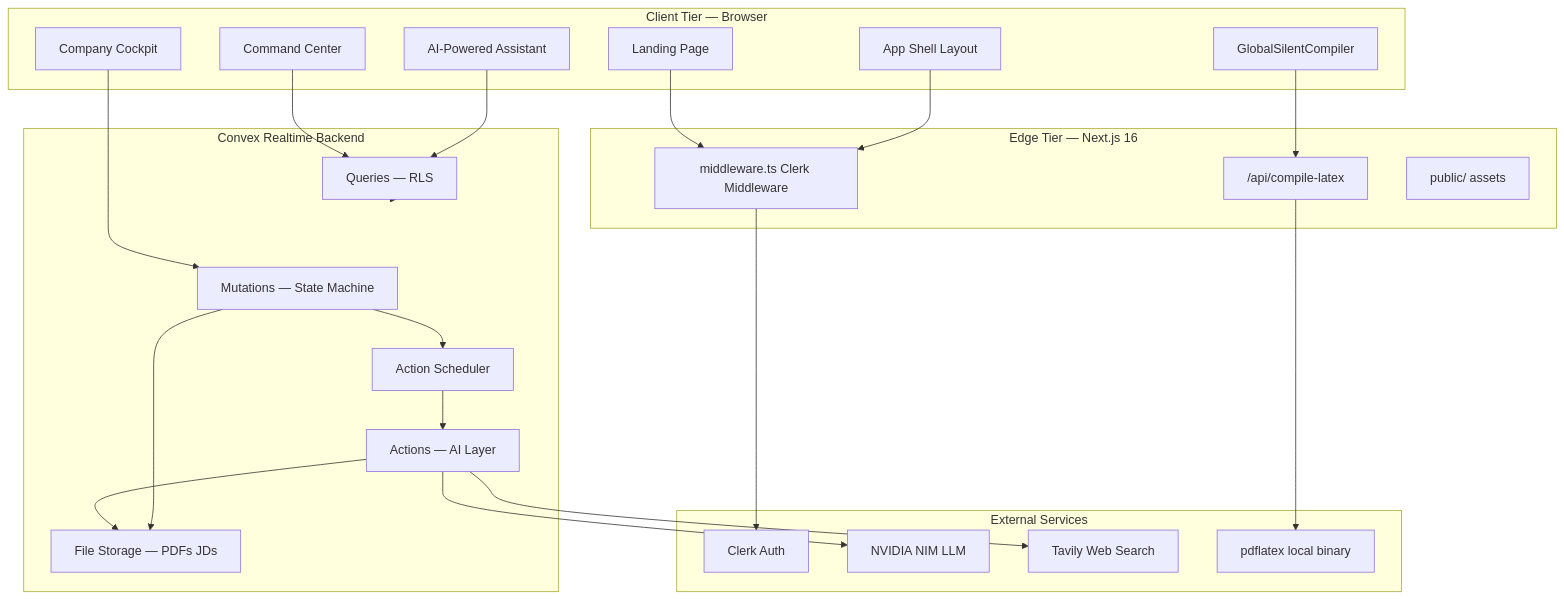
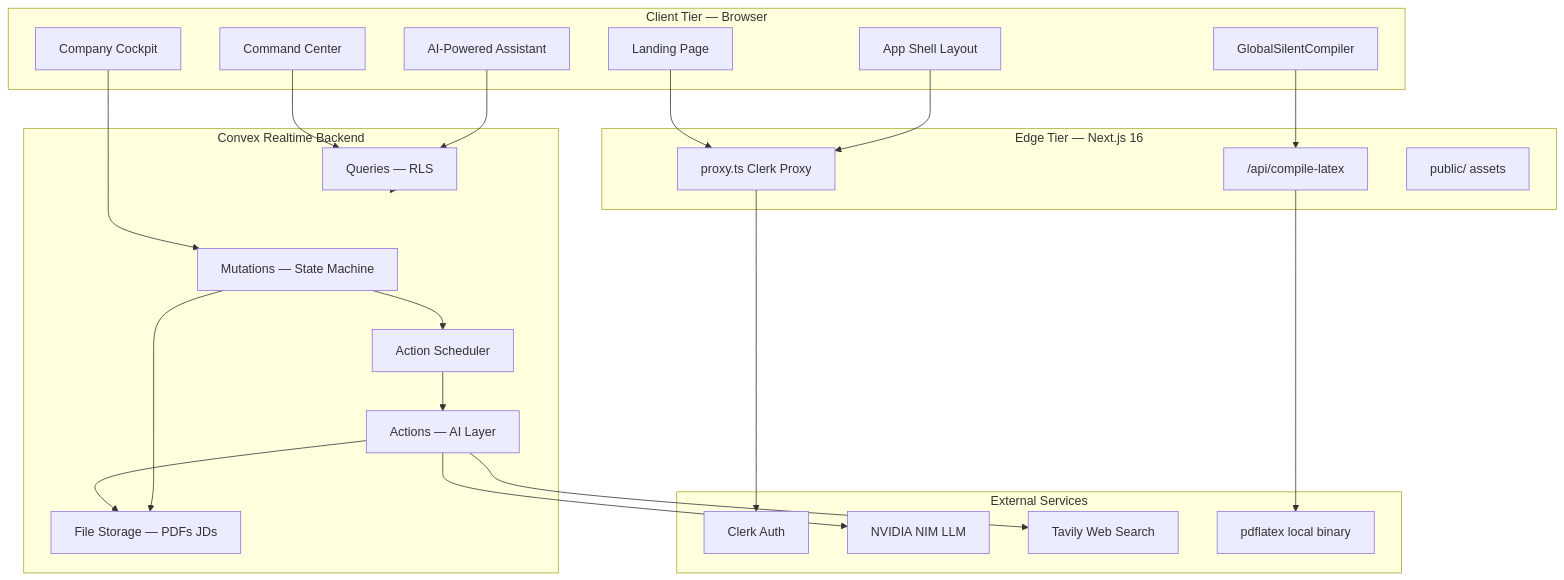
Before and after one commit to Harshithk951/Resume-Flow: the first of 8 diagrams in README.md, drawn with Mermaid. The commit also changed other lines of this file and 1 other file, not shown here.

Commit message:
chore: migrate middleware to proxy for nextjs 16

````diff
--- a/README.md
+++ b/README.md
@@ -122,48 +122,48 @@
 ```mermaid
 flowchart TB
   subgraph clientTier [Client Tier — Browser]
     Landing[Landing Page]
     AppShell[App Shell Layout]
     Dashboard[Command Center]
     Cockpit[Company Cockpit]
     ChatBot[AI-Powered Assistant]
     Compiler_UI[GlobalSilentCompiler]
   end
 
   subgraph edgeTier [Edge Tier — Next.js 16]
-    Proxy[middleware.ts Clerk Middleware]
+    Proxy[proxy.ts Clerk Proxy]
     LaTeXAPI["/api/compile-latex"]
     StaticAssets[public/ assets]
   end
 
   subgraph convexTier [Convex Realtime Backend]
     Queries[Queries — RLS]
     Mutations[Mutations — State Machine]
     Actions[Actions — AI Layer]
     Storage[File Storage — PDFs JDs]
     Scheduler[Action Scheduler]
   end
 
   subgraph externalTier [External Services]
     Clerk[Clerk Auth]
     NIM[NVIDIA NIM LLM]
     Tavily[Tavily Web Search]
     PDFTeX[pdflatex local binary]
   end
 
   Landing --> Proxy
   AppShell --> Proxy
   Proxy --> Clerk
   Dashboard --> Queries
   Cockpit --> Mutations
   ChatBot --> Queries
   Compiler_UI --> LaTeXAPI
   LaTeXAPI --> PDFTeX
   Queries --> convexTier
   Mutations --> Scheduler
   Scheduler --> Actions
   Actions --> NIM
   Actions --> Tavily
   Actions --> Storage
   Mutations --> Storage
 ```
````
